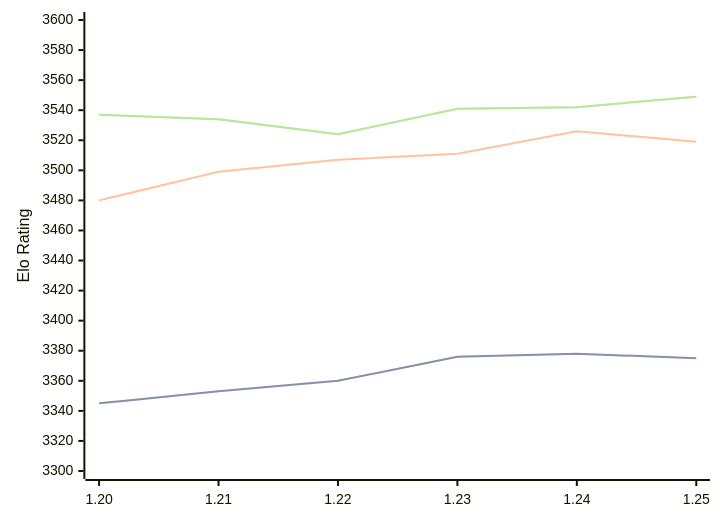
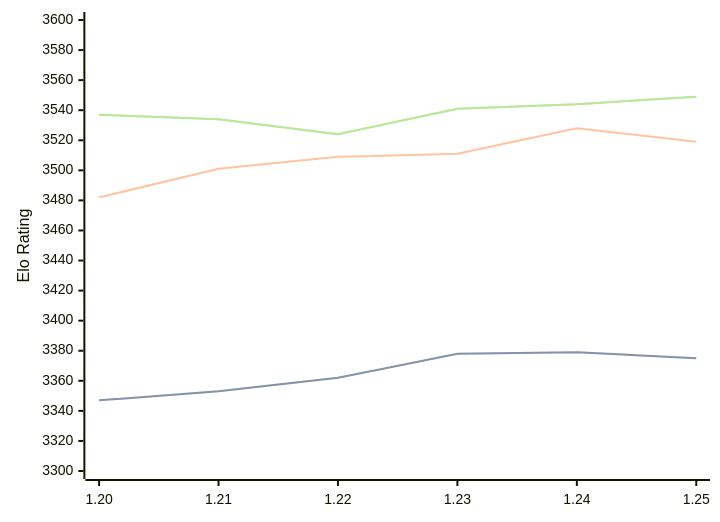
One commit to computer-chess-index/cci changed the first of 3 diagrams in engines/Caissa.md. Above: the diagram before and after it, drawn with Mermaid. The commit also changed other lines of this file, not shown here.

Commit message:
Update CCI Ratings (ELO VLTC) - 2026-07-14

````diff
--- a/engines/Caissa.md
+++ b/engines/Caissa.md
@@ -65,11 +65,11 @@
 ```mermaid
 %%{init: {"theme":"base","themeVariables":{"seriesColors:['#a3a3a3','#222221','#faa371']}}}%%
 xychart-beta
   x-axis ["1.20", "1.21", "1.22", "1.23", "1.24", "1.25"]
   y-axis "Elo Rating" 3300 --> 3600
-  line "STC (8.0+0.08s)" [3345, 3353, 3360, 3376, 3378, 3375]
-  line "STC (8.0+0.08s)" [3345, 3353, 3360, 3376, 3378, 3375]
-  line "LTC (60.0+0.60s)" [3480, 3499, 3507, 3511, 3526, 3519]
-  line "VLTC (2m24s+1.12s)" [3537, 3534, 3524, 3541, 3542, 3549]
-  line "VLTC (2m24s+1.12s)" [3537, 3534, 3524, 3541, 3542, 3549]
+  line "STC (8.0+0.08s)" [3347, 3353, 3362, 3378, 3379, 3375]
+  line "STC (8.0+0.08s)" [3347, 3353, 3362, 3378, 3379, 3375]
+  line "LTC (60.0+0.60s)" [3482, 3501, 3509, 3511, 3528, 3519]
+  line "VLTC (2m24s+1.12s)" [3537, 3534, 3524, 3541, 3544, 3549]
+  line "VLTC (2m24s+1.12s)" [3537, 3534, 3524, 3541, 3544, 3549]
 ```
````
